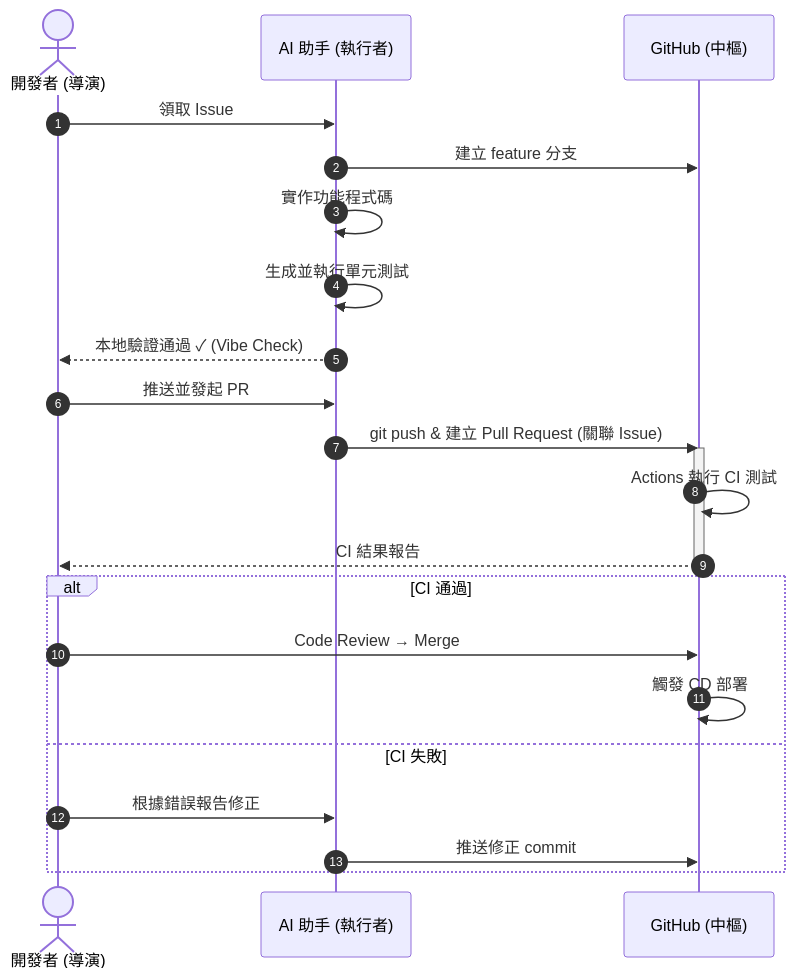
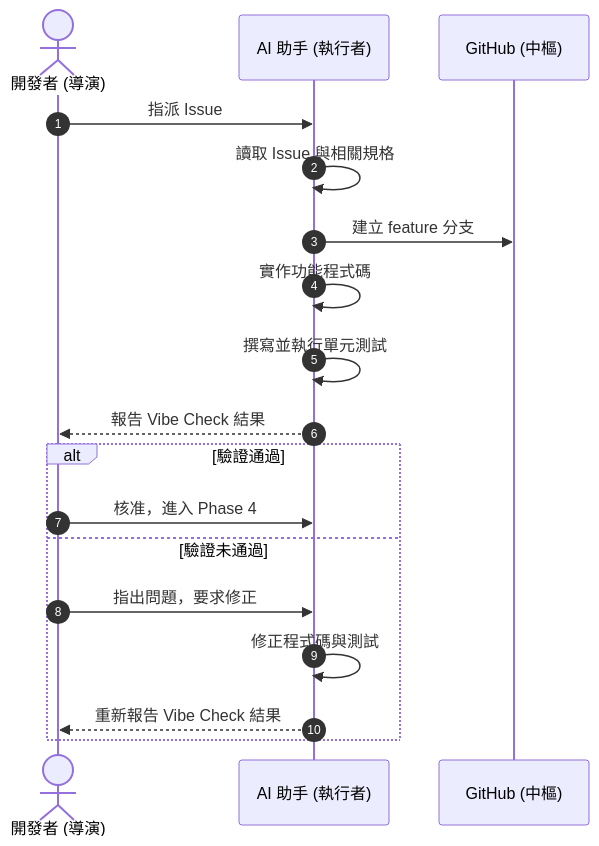
Before and after one commit to robin-li/Vibe-SDLC: the diagram in images/sequence.mmd, drawn with Mermaid. The commit also changed 2 other files, not shown here.

Commit message:
Restructure Vibe-SDLC as formal SOP v6.0 with role-based steps
- Explicit role definitions with responsibility tables
- Each phase has purpose, preconditions, step-by-step operations, and completion criteria
- Every step clearly identifies executor (Developer / AI / GitHub)
- Added Issue and PR format templates
- Dev Plan format enhanced with dependencies, inputs, outputs, and verification
- Updated sequence diagram for Phase 3 execution loop

```diff
--- a/images/sequence.mmd
+++ b/images/sequence.mmd
@@ -1,24 +1,20 @@
 sequenceDiagram
     autonumber
     actor Dev as 開發者 (導演)
     participant AI as AI 助手 (執行者)
     participant GH as GitHub (中樞)
 
-    Dev->>AI: 領取 Issue #N 並開發
+    Dev->>AI: 指派 Issue #N
+    AI->>AI: 讀取 Issue 與相關規格
     AI->>GH: 建立 feature 分支
     AI->>AI: 實作功能程式碼
-    AI->>AI: 生成並執行單元測試
-    AI-->>Dev: 本地驗證通過 ✓ (Vibe Check)
-    Dev->>AI: 推送並發起 PR
-    AI->>GH: git push & 建立 Pull Request (關聯 Issue)
-    activate GH
-    GH->>GH: Actions 執行 CI 測試
-    GH-->>Dev: CI 結果報告
-    deactivate GH
-    alt CI 通過
-        Dev->>GH: Code Review → Merge
-        GH->>GH: 觸發 CD 部署
-    else CI 失敗
-        Dev->>AI: 根據錯誤報告修正
-        AI->>GH: 推送修正 commit
+    AI->>AI: 撰寫並執行單元測試
+    AI-->>Dev: 報告 Vibe Check 結果
+
+    alt 驗證通過
+        Dev->>AI: 核准，進入 Phase 4
+    else 驗證未通過
+        Dev->>AI: 指出問題，要求修正
+        AI->>AI: 修正程式碼與測試
+        AI-->>Dev: 重新報告 Vibe Check 結果
     end
```
